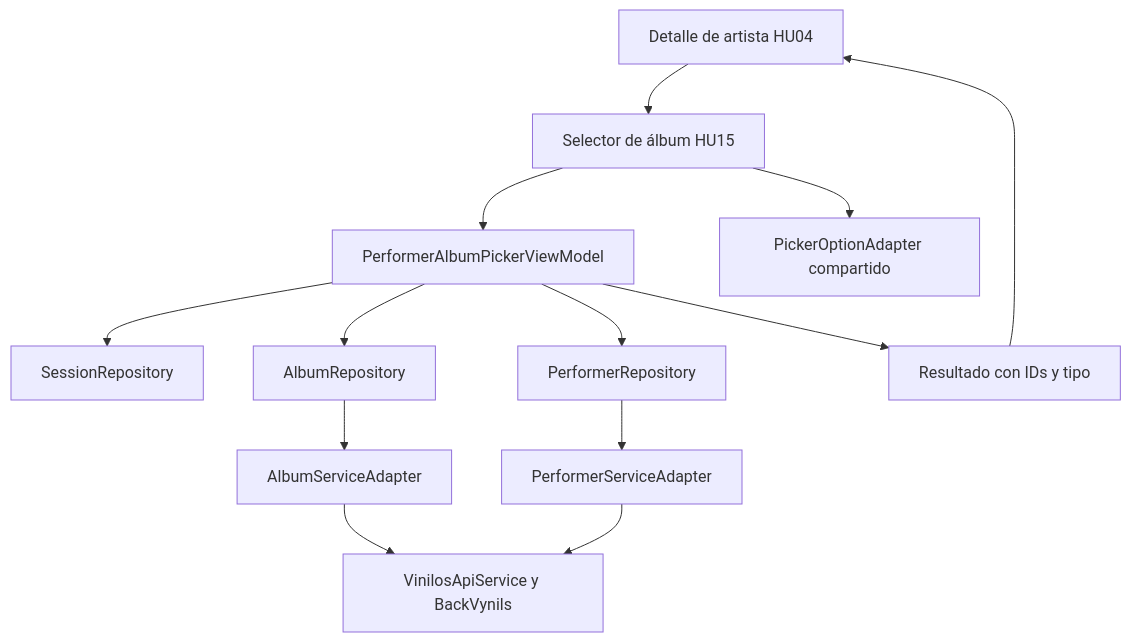
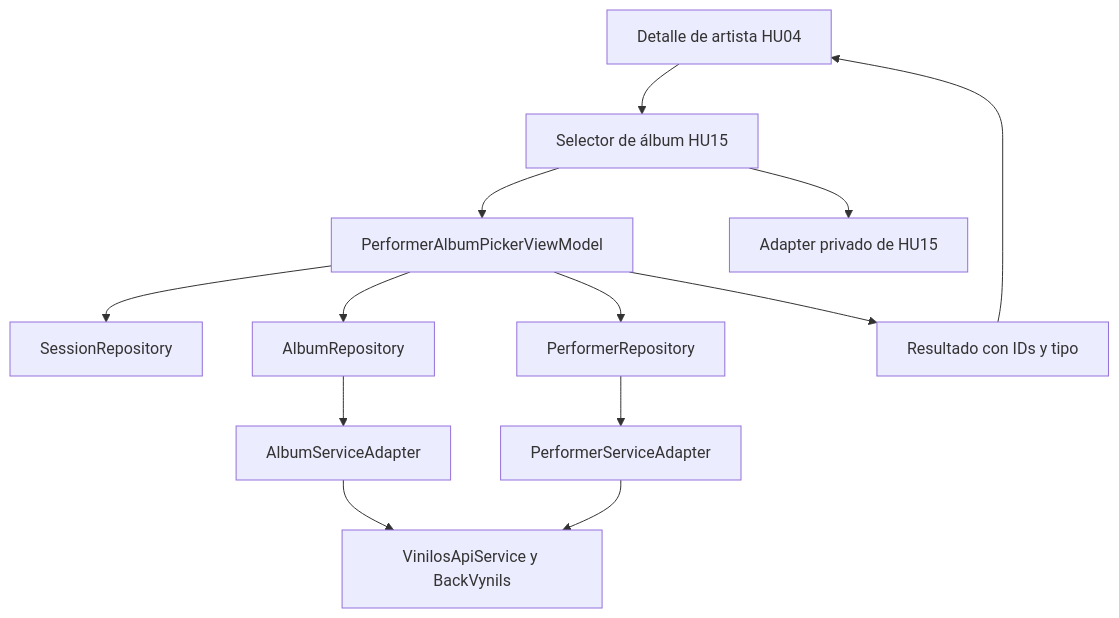
One commit to misw-is-aplicaciones-moviles/MobileVynils changed the first of 4 diagrams in docs/15-hu15-diseno-tecnico.md. Above: the diagram before and after it, drawn with Mermaid. The commit also changed other lines of this file and 20 other files, not shown here.

````diff
--- a/docs/15-hu15-diseno-tecnico.md
+++ b/docs/15-hu15-diseno-tecnico.md
@@ -130,15 +130,15 @@
 ```mermaid
 flowchart TB
     Detail[Detalle de artista HU04] --> Picker[Selector de álbum HU15]
     Picker --> VM[PerformerAlbumPickerViewModel]
-    Picker --> Options[PickerOptionAdapter compartido]
+    Picker --> Options[Adapter privado de HU15]
     VM --> Session[SessionRepository]
     VM --> Albums[AlbumRepository]
     VM --> Artists[PerformerRepository]
     Albums --> AlbumAdapter[AlbumServiceAdapter]
     Artists --> ArtistAdapter[PerformerServiceAdapter]
     AlbumAdapter --> API[VinilosApiService y BackVynils]
     ArtistAdapter --> API
     VM --> Result[Resultado con IDs y tipo]
     Result --> Detail
 ```
````
